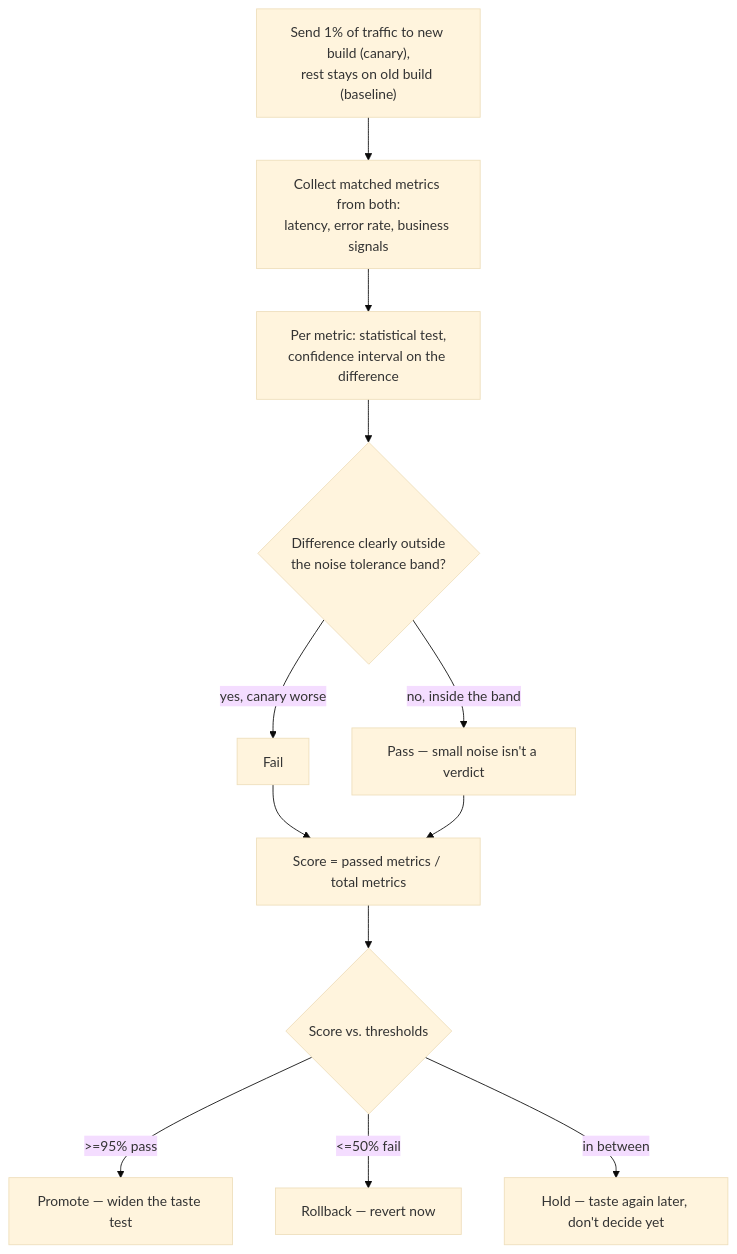
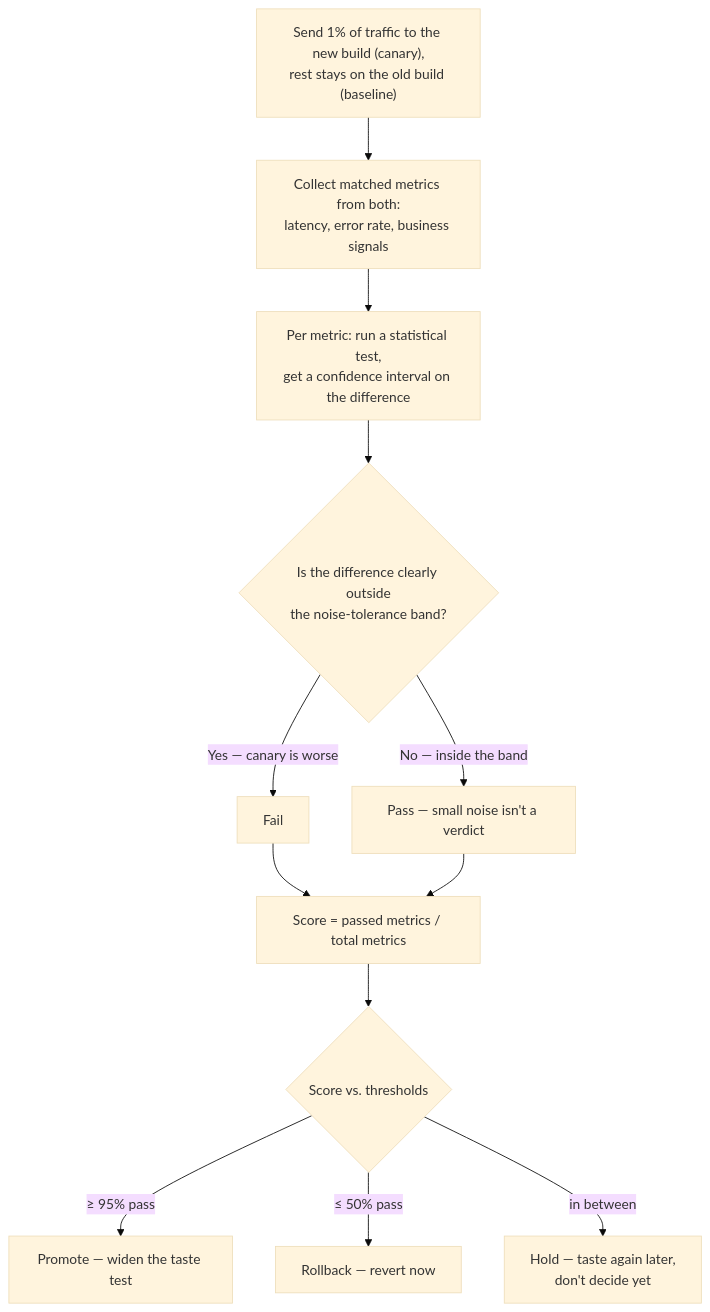
One commit to riyaz-pasha/Learnings changed the fifth of 13 diagrams in system-design/HLD/0-course/40-Design-a-Deployment-System-FAANG-Guide-story.md. Above: the diagram before and after it, drawn with Mermaid (base theme). The commit also changed other lines of this file and 1 other file, not shown here.

Commit message:
[REWRITE] Deployment System story guide: simplify prose, add structure, fix diagrams

````diff
--- a/system-design/HLD/0-course/40-Design-a-Deployment-System-FAANG-Guide-story.md
+++ b/system-design/HLD/0-course/40-Design-a-Deployment-System-FAANG-Guide-story.md
@@ -126,13 +251,14 @@
 ```mermaid
 flowchart TD
-    A["Send 1% of traffic to new build (canary),\nrest stays on old build (baseline)"] --> B["Collect matched metrics from both:\nlatency, error rate, business signals"]
-    B --> C["Per metric: statistical test,\nconfidence interval on the difference"]
-    C --> D{"Difference clearly outside\nthe noise tolerance band?"}
-    D -- "yes, canary worse" --> E["Fail"]
-    D -- "no, inside the band" --> F["Pass — small noise isn't a verdict"]
-    E & F --> G["Score = passed metrics / total metrics"]
+    A["Send 1% of traffic to the new build (canary),<br/>rest stays on the old build (baseline)"] --> B["Collect matched metrics from both:<br/>latency, error rate, business signals"]
+    B --> C["Per metric: run a statistical test,<br/>get a confidence interval on the difference"]
+    C --> D{"Is the difference clearly outside<br/>the noise-tolerance band?"}
+    D -- "Yes — canary is worse" --> E["Fail"]
+    D -- "No — inside the band" --> F["Pass — small noise isn't a verdict"]
+    E --> G["Score = passed metrics / total metrics"]
+    F --> G
     G --> H{"Score vs. thresholds"}
-    H -- ">=95% pass" --> I["Promote — widen the taste test"]
-    H -- "<=50% fail" --> J["Rollback — revert now"]
-    H -- "in between" --> K["Hold — taste again later, don't decide yet"]
+    H -- "≥ 95% pass" --> I["Promote — widen the taste test"]
+    H -- "≤ 50% pass" --> J["Rollback — revert now"]
+    H -- "in between" --> K["Hold — taste again later,<br/>don't decide yet"]
 ```
````
